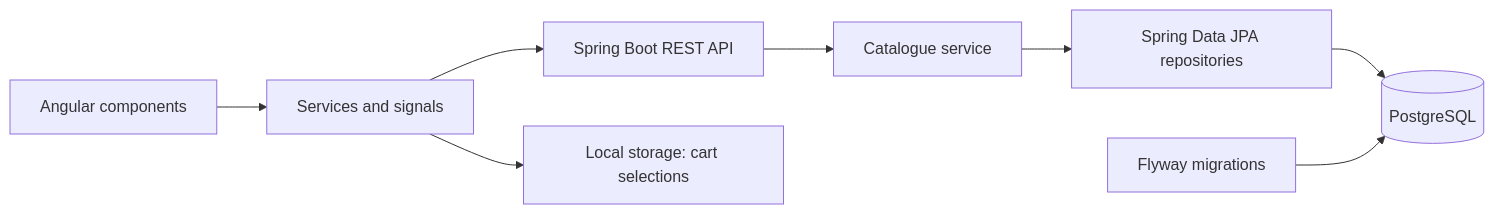
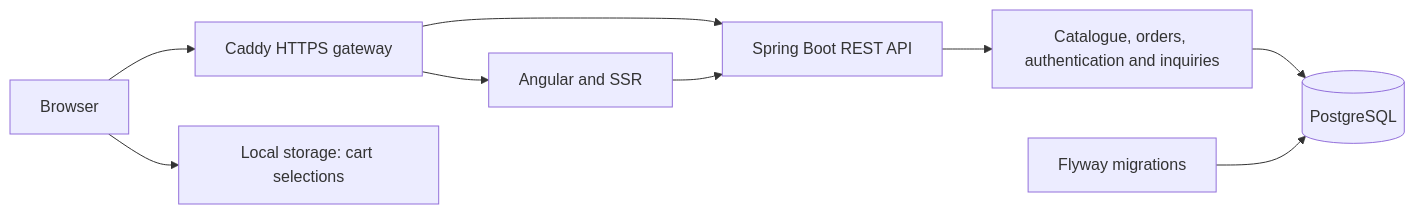
The diagram in README.md (angieJagger/lilimi-studio-ecommerce), drawn with Mermaid before and after one commit. The commit also changed other lines of this file and 1 other file, not shown here.

````diff
--- a/README.md
+++ b/README.md
@@ -75,10 +119,11 @@
 ```mermaid
 flowchart LR
-    UI[Angular components] --> State[Services and signals]
-    State --> API[Spring Boot REST API]
-    State --> Storage[Local storage: cart selections]
-    API --> Service[Catalogue service]
-    Service --> Repository[Spring Data JPA repositories]
-    Repository --> DB[(PostgreSQL)]
+    Browser[Browser] --> Gateway[Caddy HTTPS gateway]
+    Gateway --> Frontend[Angular and SSR]
+    Gateway --> Backend[Spring Boot REST API]
+    Frontend --> Backend
+    Backend --> Services[Catalogue, orders, authentication and inquiries]
+    Services --> DB[(PostgreSQL)]
     Flyway[Flyway migrations] --> DB
+    Browser --> Storage[Local storage: cart selections]
 ```
````
